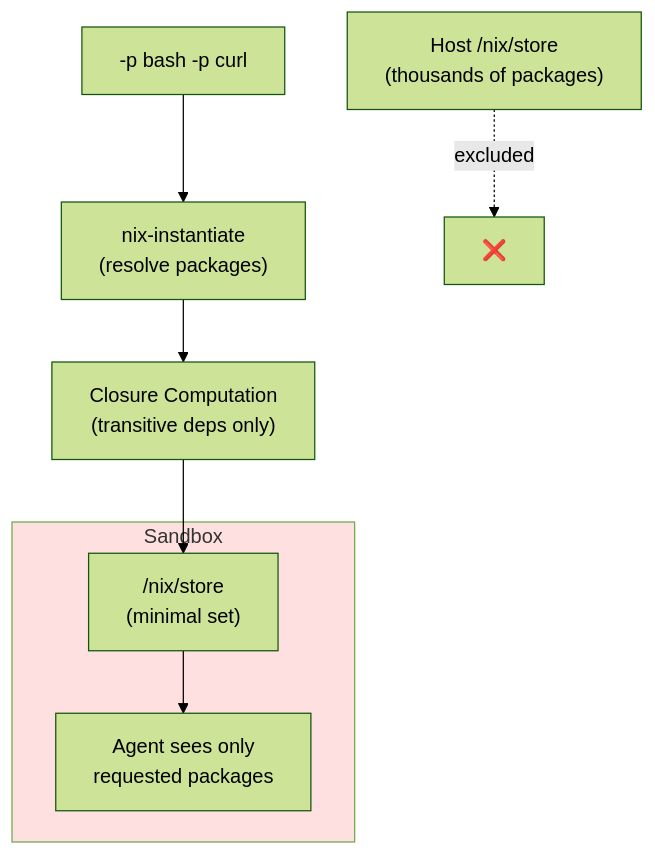
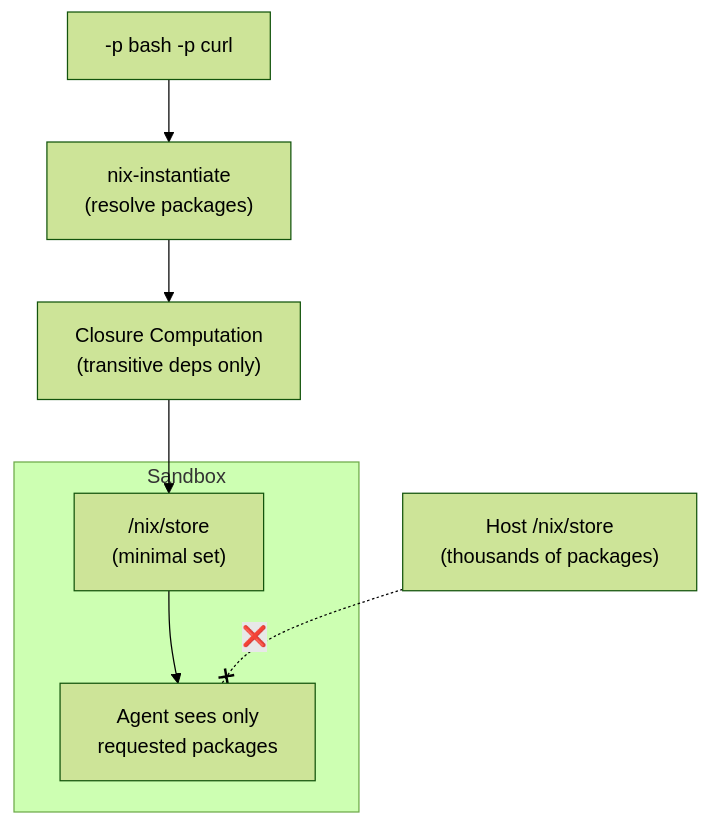
Before and after one commit to thepwagner-org/nix-jail: the second of 3 diagrams in slides.md, drawn with Mermaid (forest theme). The commit also changed other lines of this file, not shown here.

````diff
--- a/slides.md
+++ b/slides.md
@@ -35,16 +35,14 @@
 ```mermaid
 flowchart TD
     CLI["-p bash -p curl"]
 
     CLI --> Resolve["nix-instantiate<br/>(resolve packages)"]
     Resolve --> Closure["Closure Computation<br/>(transitive deps only)"]
     Closure --> Store["/nix/store<br/>(minimal set)"]
 
     subgraph Sandbox
         Store --> Agent["Agent sees only<br/>requested packages"]
     end
 
-    NixStore["Host /nix/store<br/>(thousands of packages)"] -.->|"excluded"| X["❌"]
-
-    style Sandbox fill:#ffe0e0
+    NixStore["Host /nix/store<br/>(thousands of packages)"] -.-x|"❌"| Agent
 ```
````
